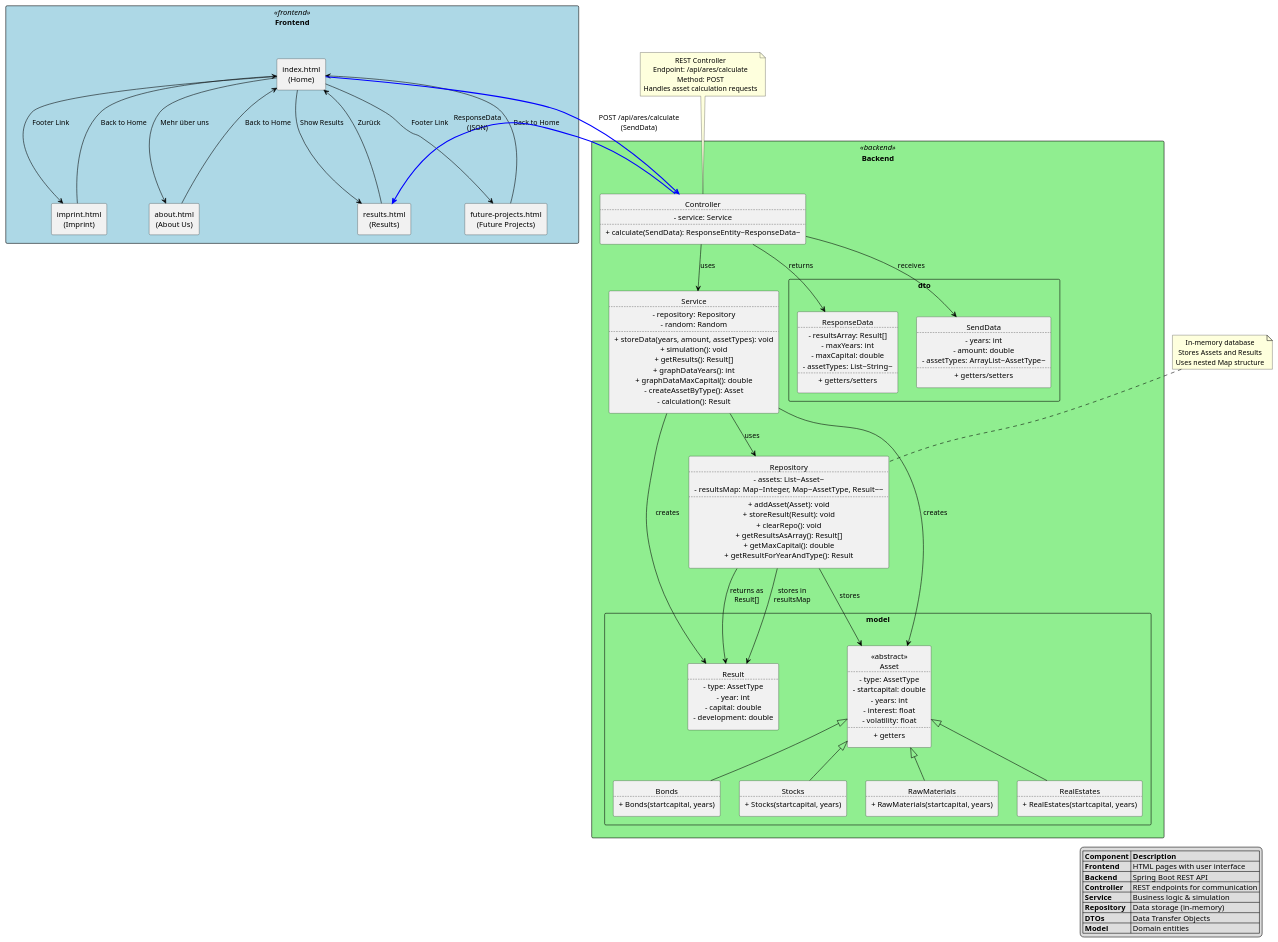
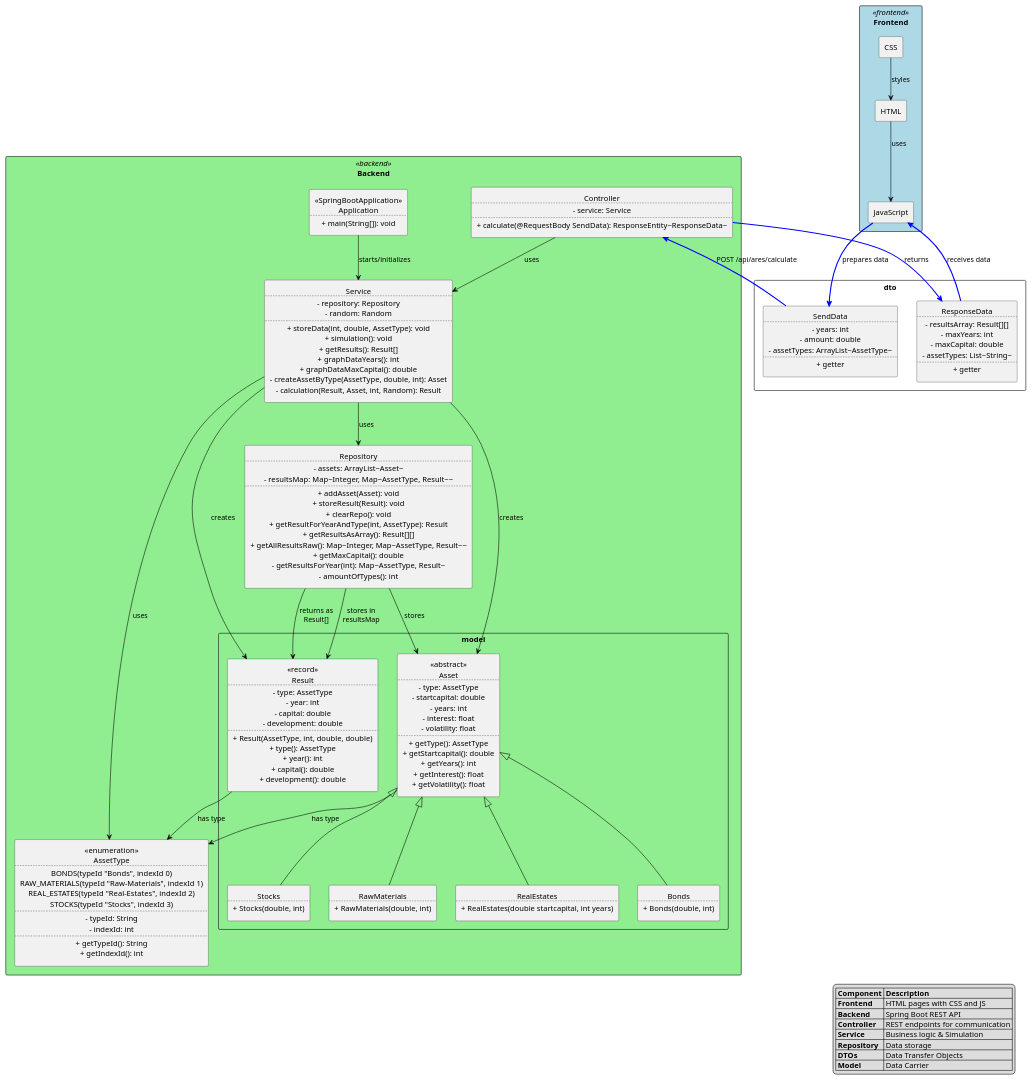
One commit to RJS-cyber/Asset-Return-Evaluation-System changed the diagram in ARES_Architecture_Diagram.puml. Above: the diagram before and after it, drawn with PlantUML.

Commit message:
uml_final

```diff
--- a/ARES_Architecture_Diagram.puml
+++ b/ARES_Architecture_Diagram.puml
@@ -20,50 +20,66 @@
 ' ==================== FRONTEND PACKAGE ====================
 package "Frontend" <<frontend>> {
 
-    ' HTML Pages
-    rectangle "index.html\n(Home)" as index
-    rectangle "about.html\n(About Us)" as about
-    rectangle "results.html\n(Results)" as results
-    rectangle "future-projects.html\n(Future Projects)" as future
-    rectangle "imprint.html\n(Imprint)" as imprint
+    rectangle HTML
+    rectangle CSS
+    rectangle JavaScript
 
-    ' Navigation relationships between HTML pages
-    index -right-> about : "Mehr über uns"
-    index --> results : "Show Results"
-    results --> index : "Zurück"
-    index -down-> future : "Footer Link"
-    index -down-> imprint : "Footer Link"
-    about --> index : "Back to Home"
-    future --> index : "Back to Home"
-    imprint --> index : "Back to Home"
+    ' Frontend internal connections
+    CSS --> HTML : "styles"
+    HTML --> JavaScript : "uses"
+}
+
+' ==================== DTOs (Between Frontend and Backend) ====================
+package "dto" {
+    rectangle SendData [
+        SendData
+        ....
+        - years: int
+        - amount: double
+        - assetTypes: ArrayList~AssetType~
+        ....
+        + getter
+    ]
+
+    rectangle ResponseData [
+        ResponseData
+        ....
+        - resultsArray: Result[][]
+        - maxYears: int
+        - maxCapital: double
+        - assetTypes: List~String~
+        ....
+        + getter
+    ]
 }
 
 ' ==================== BACKEND PACKAGE ====================
 package "Backend" <<backend>> {
 
-    ' DTOs Package
-    package "dto" {
-        rectangle SendData [
-            SendData
-            ....
-            - years: int
-            - amount: double
-            - assetTypes: ArrayList~AssetType~
-            ....
-            + getters/setters
-        ]
+    ' Application Entry Point
+    rectangle Application [
+        <<SpringBootApplication>>
+        Application
+        ....
+        + main(String[]): void
+    ]
 
-        rectangle ResponseData [
-            ResponseData
-            ....
-            - resultsArray: Result[]
-            - maxYears: int
-            - maxCapital: double
-            - assetTypes: List~String~
-            ....
-            + getters/setters
-        ]
-    }
+    ' AssetType Enum
+    rectangle AssetType [
+        <<enumeration>>
+        AssetType
+        ....
+        BONDS(typeId "Bonds", indexId 0)
+        RAW_MATERIALS(typeId "Raw-Materials", indexId 1)
+        REAL_ESTATES(typeId "Real-Estates", indexId 2)
+        STOCKS(typeId "Stocks", indexId 3)
+        ....
+        - typeId: String
+        - indexId: int
+        ....
+        + getTypeId(): String
+        + getIndexId(): int
+    ]
 
     ' Controller Layer
     rectangle Controller [
@@ -71,7 +87,7 @@
         ....
         - service: Service
         ....
-        + calculate(SendData): ResponseEntity~ResponseData~
+        + calculate(@RequestBody SendData): ResponseEntity~ResponseData~
     ]
 
     ' Service Layer
@@ -81,28 +97,31 @@
         - repository: Repository
         - random: Random
         ....
-        + storeData(years, amount, assetTypes): void
+        + storeData(int, double, AssetType): void
         + simulation(): void
         + getResults(): Result[]
         + graphDataYears(): int
         + graphDataMaxCapital(): double
-        - createAssetByType(): Asset
-        - calculation(): Result
+        - createAssetByType(AssetType, double, int): Asset
+        - calculation(Result, Asset, int, Random): Result
     ]
 
     ' Repository Layer
     rectangle Repository [
         Repository
         ....
-        - assets: List~Asset~
+        - assets: ArrayList~Asset~
         - resultsMap: Map~Integer, Map~AssetType, Result~~
         ....
         + addAsset(Asset): void
         + storeResult(Result): void
         + clearRepo(): void
-        + getResultsAsArray(): Result[]
+        + getResultForYearAndType(int, AssetType): Result
+        + getResultsAsArray(): Result[][]
+        + getAllResultsRaw(): Map~Integer, Map~AssetType, Result~~
         + getMaxCapital(): double
-        + getResultForYearAndType(): Result
+        - getResultsForYear(int): Map~AssetType, Result~
+        - amountOfTypes(): int
     ]
 
     ' Model Package
@@ -117,40 +136,51 @@
             - interest: float
             - volatility: float
             ....
-            + getters
+            + getType(): AssetType
+            + getStartcapital(): double
+            + getYears(): int
+            + getInterest(): float
+            + getVolatility(): float
         ]
 
         rectangle Bonds [
             Bonds
             ....
-            + Bonds(startcapital, years)
+            + Bonds(double, int)
         ]
 
         rectangle Stocks [
             Stocks
             ....
-            + Stocks(startcapital, years)
+            + Stocks(double, int)
         ]
 
         rectangle RawMaterials [
             RawMaterials
             ....
-            + RawMaterials(startcapital, years)
+            + RawMaterials(double, int)
         ]
 
         rectangle RealEstates [
             RealEstates
             ....
-            + RealEstates(startcapital, years)
+            + RealEstates(double startcapital, int years)
         ]
 
         rectangle Result [
+            <<record>>
             Result
             ....
             - type: AssetType
             - year: int
             - capital: double
             - development: double
+            ....
+            + Result(AssetType, int, double, double)
+            + type(): AssetType
+            + year(): int
+            + capital(): double
+            + development(): double
         ]
 
         ' Inheritance relationships
@@ -161,46 +191,39 @@
     }
 
     ' Backend internal relationships
-    Controller --> SendData : "receives"
-    Controller --> ResponseData : "returns"
+    Application --> Service : "starts/initializes"
+
     Controller --> Service : "uses"
 
     Service --> Repository : "uses"
     Service --> Asset : "creates"
     Service --> Result : "creates"
+    Service --> AssetType : "uses"
 
     Repository --> Asset : "stores"
     Repository --> Result : "stores in\nresultsMap"
     Repository --> Result : "returns as\nResult[]"
+
+    Asset --> AssetType : "has type"
+    Result --> AssetType : "has type"
 }
 
 ' ==================== FRONTEND-BACKEND COMMUNICATION ====================
-index -[#blue,bold]-> Controller : "POST /api/ares/calculate\n(SendData)"
-Controller -[#blue,bold]-> results : "ResponseData\n(JSON)"
+JavaScript -[#blue,bold]-> SendData : "prepares data"
+SendData -[#blue,bold]-> Controller : "POST /api/ares/calculate"
+Controller -[#blue,bold]-> ResponseData : "returns"
+ResponseData -[#blue,bold]-> JavaScript : "receives data"
 
 ' Legend
 legend right
     |= Component |= Description |
-    | **Frontend** | HTML pages with user interface |
+    | **Frontend** | HTML pages with CSS and JS |
     | **Backend** | Spring Boot REST API |
     | **Controller** | REST endpoints for communication |
-    | **Service** | Business logic & simulation |
-    | **Repository** | Data storage (in-memory) |
+    | **Service** | Business logic & Simulation |
+    | **Repository** | Data storage |
     | **DTOs** | Data Transfer Objects |
-    | **Model** | Domain entities |
+    | **Model** | Data Carrier |
 endlegend
 
-note top of Controller
-    REST Controller
-    Endpoint: /api/ares/calculate
-    Method: POST
-    Handles asset calculation requests
-end note
-
-note top of Repository
-    In-memory database
-    Stores Assets and Results
-    Uses nested Map structure
-end note
-
 @enduml
```
